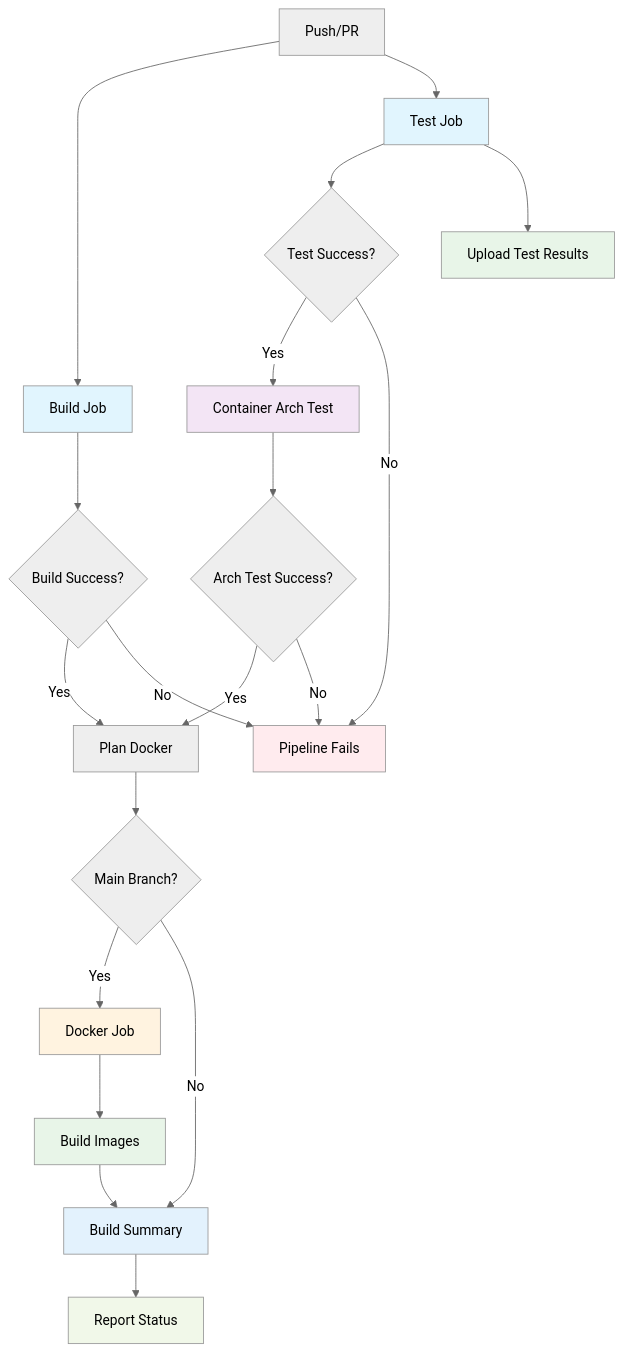
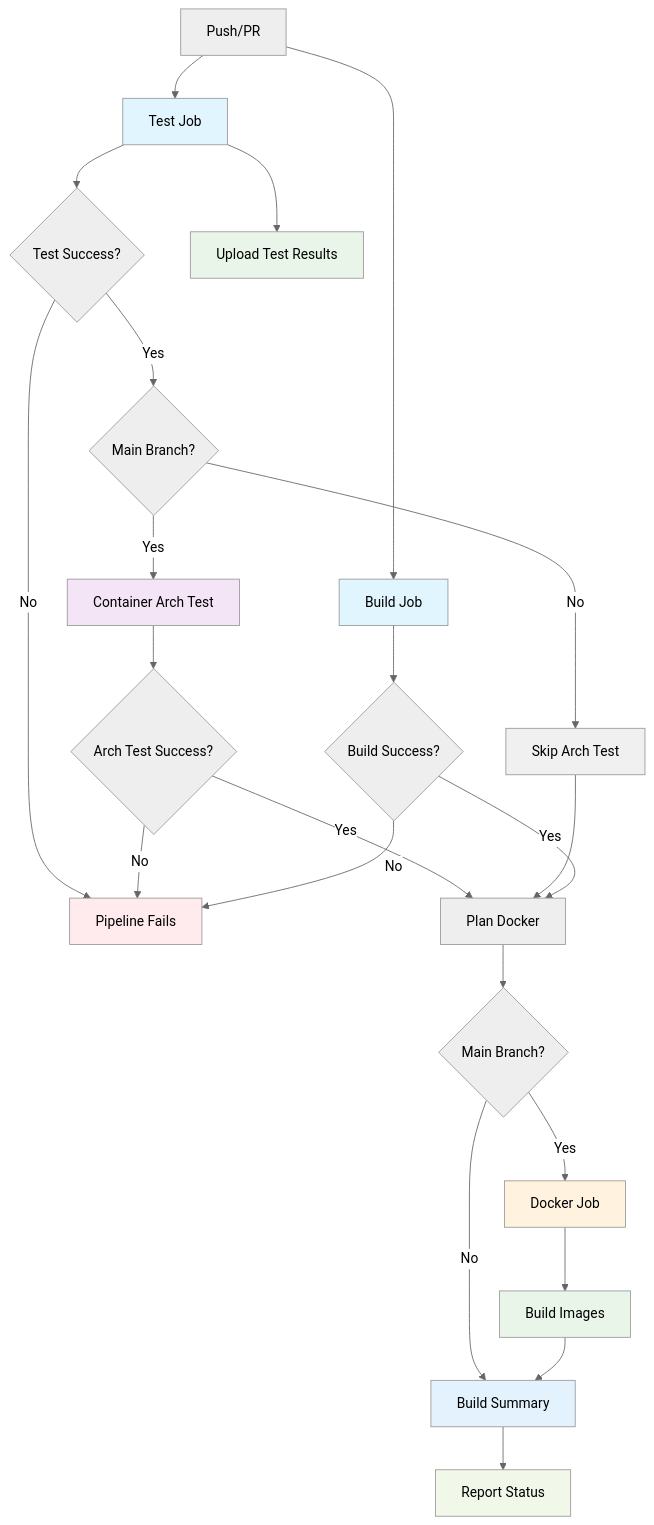
One commit to whale-net/everything changed the diagram in docs/CI_CD.md. Above: the diagram before and after it, drawn with Mermaid (neutral theme). The commit also changed other lines of this file and 1 other file, not shown here.

Commit message:
fix: restrict test container architecture to main branch builds only (#518)
Restrict the test-container-arch CI job to run only on main branch pushes,
reducing CI overhead on feature branches. The test is critical for verifying
cross-compilation, but cross-compilation drift is no longer as much of a concern
for pull requests. Updated the build-summary job to correctly handle the skipped
status on PRs, and updated CI/CD.md documentation and pipeline diagram to
reflect the new behavior.

````diff
--- a/docs/CI_CD.md
+++ b/docs/CI_CD.md
@@ -11,31 +11,35 @@
 ```mermaid
 graph TD
     A[Push/PR] --> B[Build Job]
     A --> C[Test Job]
     C --> D{Test Success?}
-    D -->|Yes| E[Container Arch Test]
     D -->|No| F[Pipeline Fails]
+    D -->|Yes| E{Main Branch?}
+    E -->|Yes| E1[Container Arch Test]
+    E -->|No| E2[Skip Arch Test]
+    E1 --> I{Arch Test Success?}
+    I -->|No| F
+    I -->|Yes| H[Plan Docker]
+    E2 --> H
     B --> G{Build Success?}
-    G -->|Yes| H[Plan Docker]
+    G -->|Yes| H
     G -->|No| F
-    E --> I{Arch Test Success?}
-    I -->|Yes| H
-    I -->|No| F
     H --> J{Main Branch?}
     J -->|Yes| K[Docker Job]
     J -->|No| L[Build Summary]
     K --> M[Build Images]
     M --> L
     L --> N[Report Status]
     C --> O[Upload Test Results]
     
     style B fill:#e1f5fe
     style C fill:#e1f5fe
-    style E fill:#f3e5f5
+    style E1 fill:#f3e5f5
+    style E2 fill:#f0f0f0
     style K fill:#fff3e0
     style F fill:#ffebee
     style O fill:#e8f5e8
     style M fill:#e8f5e8
     style L fill:#e3f2fd
     style N fill:#f1f8e9
 ```
````
